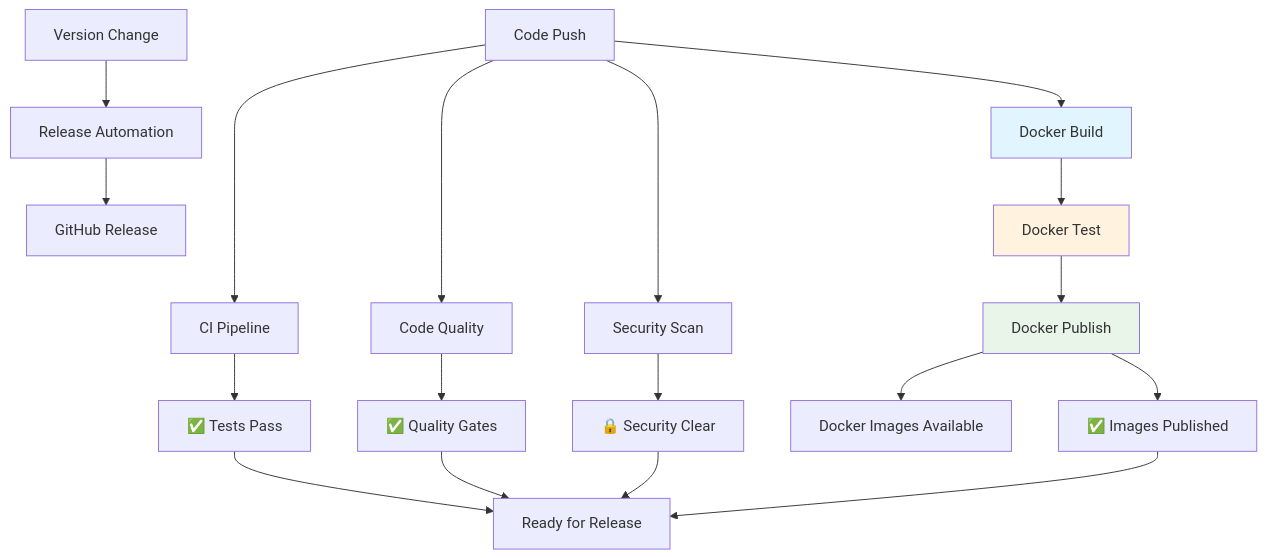
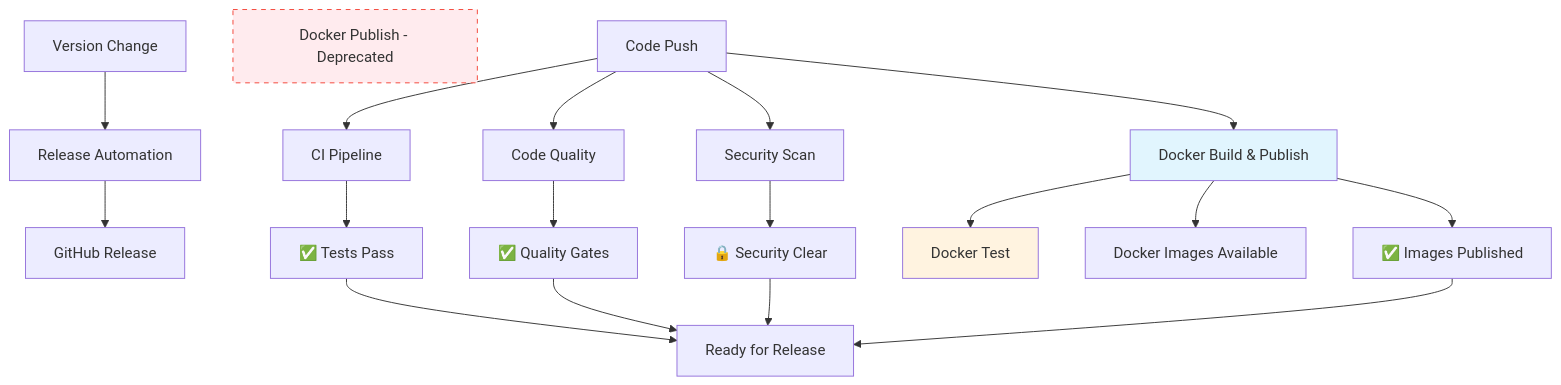
One commit to rohit-purandare/ShelfBridge changed the diagram in wiki/technical/GitHub-Workflows.md. Above: the diagram before and after it, drawn with Mermaid. The commit also changed other lines of this file and 4 other files, not shown here.

````diff
--- a/wiki/technical/GitHub-Workflows.md
+++ b/wiki/technical/GitHub-Workflows.md
@@ -950,28 +982,28 @@
 ```mermaid
 graph TD
     A[Code Push] --> B[CI Pipeline]
     A --> C[Code Quality]
     A --> D[Security Scan]
-    A --> E[Docker Build]
+    A --> E[Docker Build & Publish]
 
     E --> F[Docker Test]
-    F --> G[Docker Publish]
+    G[Docker Publish - Deprecated]
 
     H[Version Change] --> I[Release Automation]
     I --> J[GitHub Release]
-    G --> K[Docker Images Available]
+    E --> K[Docker Images Available]
 
     B --> L[✅ Tests Pass]
     C --> M[✅ Quality Gates]
     D --> N[🔒 Security Clear]
-    G --> O[✅ Images Published]
+    E --> O[✅ Images Published]
 
     L --> P[Ready for Release]
     M --> P
     N --> P
     O --> P
 
     style E fill:#e1f5fe
     style F fill:#fff3e0
-    style G fill:#e8f5e8
+    style G fill:#ffebee,stroke:#f44336,stroke-dasharray: 5 5
 ```
````
